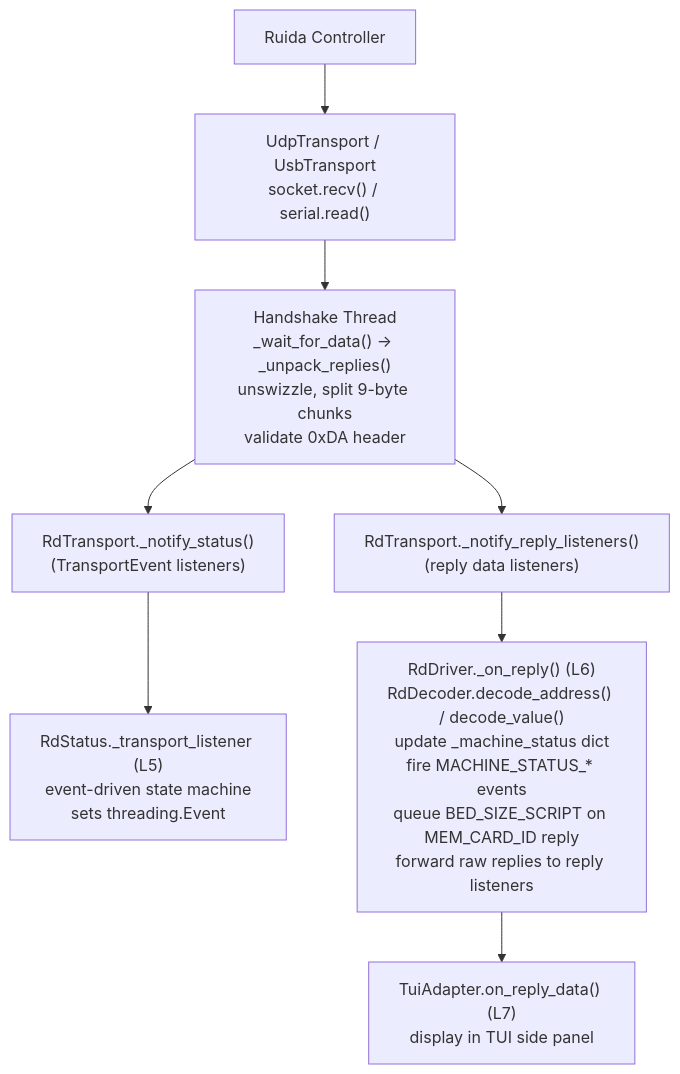
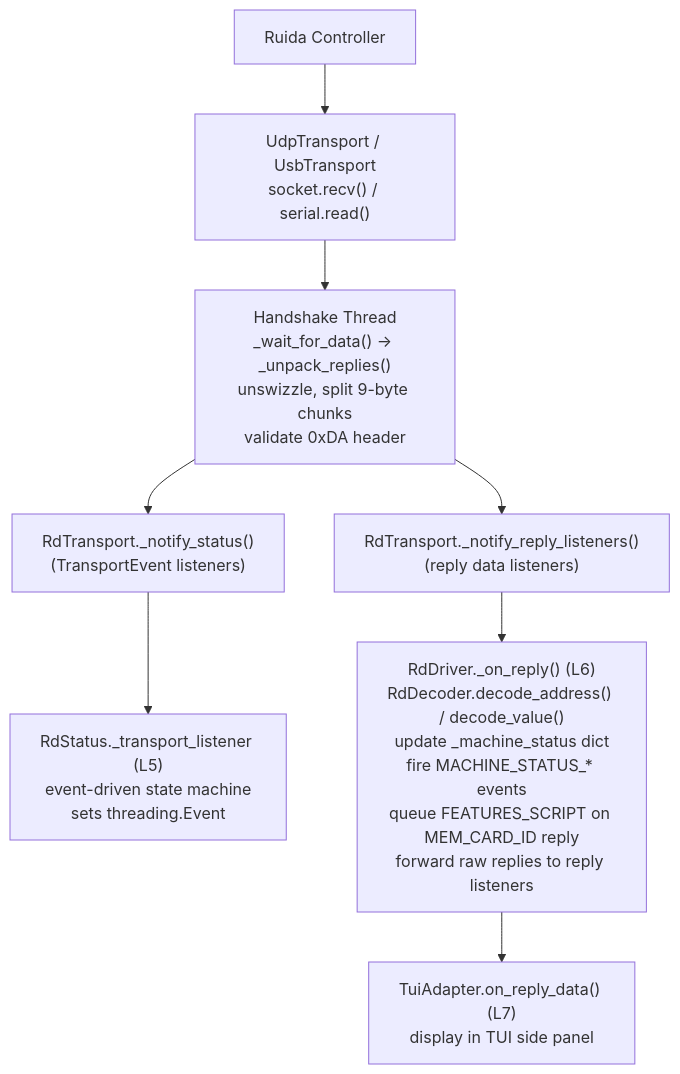
The third of 6 diagrams in docs/designs/RuidaDriver-functional.md (StevenIsaacs/ruida-pa), drawn with Mermaid before and after one commit. The commit also changed other lines of this file and 5 other files, not shown here.

````diff
--- a/docs/designs/RuidaDriver-functional.md
+++ b/docs/designs/RuidaDriver-functional.md
@@ -63,17 +63,17 @@
 ```mermaid
 flowchart TD
     RC["Ruida Controller"]
     TR["UdpTransport / UsbTransport\nsocket.recv() / serial.read()"]
     HST["Handshake Thread\n_wait_for_data() → _unpack_replies()\nunswizzle, split 9-byte chunks\nvalidate 0xDA header"]
     NRL["RdTransport._notify_reply_listeners()\n(reply data listeners)"]
     NS["RdTransport._notify_status()\n(TransportEvent listeners)"]
     RS["RdStatus._transport_listener (L5)\nevent-driven state machine\nsets threading.Event"]
-    DR["RdDriver._on_reply() (L6)\nRdDecoder.decode_address() / decode_value()\nupdate _machine_status dict\nfire MACHINE_STATUS_* events\nqueue BED_SIZE_SCRIPT on MEM_CARD_ID reply\nforward raw replies to reply listeners"]
+    DR["RdDriver._on_reply() (L6)\nRdDecoder.decode_address() / decode_value()\nupdate _machine_status dict\nfire MACHINE_STATUS_* events\nqueue FEATURES_SCRIPT on MEM_CARD_ID reply\nforward raw replies to reply listeners"]
     TUI["TuiAdapter.on_reply_data() (L7)\ndisplay in TUI side panel"]
     RC --> TR --> HST
     HST --> NRL
     HST --> NS
     NS --> RS
     NRL --> DR
     DR --> TUI
 ```
````
